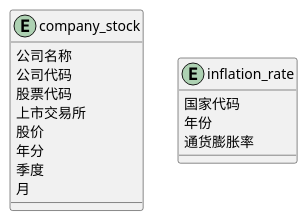
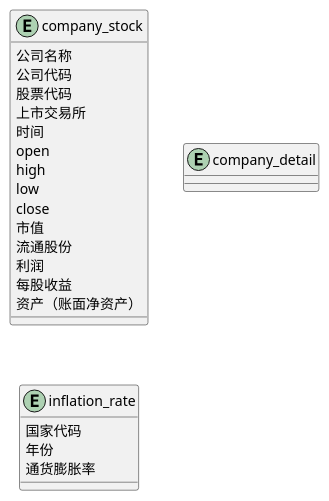
Before and after one commit to chengcx1019/universe: the diagram in writing/finance/stock/design.md, drawn with PlantUML. The commit also changed other lines of this file and 14 other files, not shown here.

````diff
--- a/writing/finance/stock/design.md
+++ b/writing/finance/stock/design.md
@@ -15,21 +15,31 @@
 ```uml
 @startuml
 entity company_stock {
 公司名称
 公司代码
 股票代码
 上市交易所
-股价
-年分
-季度
-月
+时间
+open
+high
+low
+close
+市值
+流通股份
+利润
+每股收益
+资产（账面净资产）
+}
+
+entity company_detail{
+
 }
 
 entity inflation_rate{
 国家代码
 年份
 通货膨胀率
 }
 
 @enduml
 ```
````
